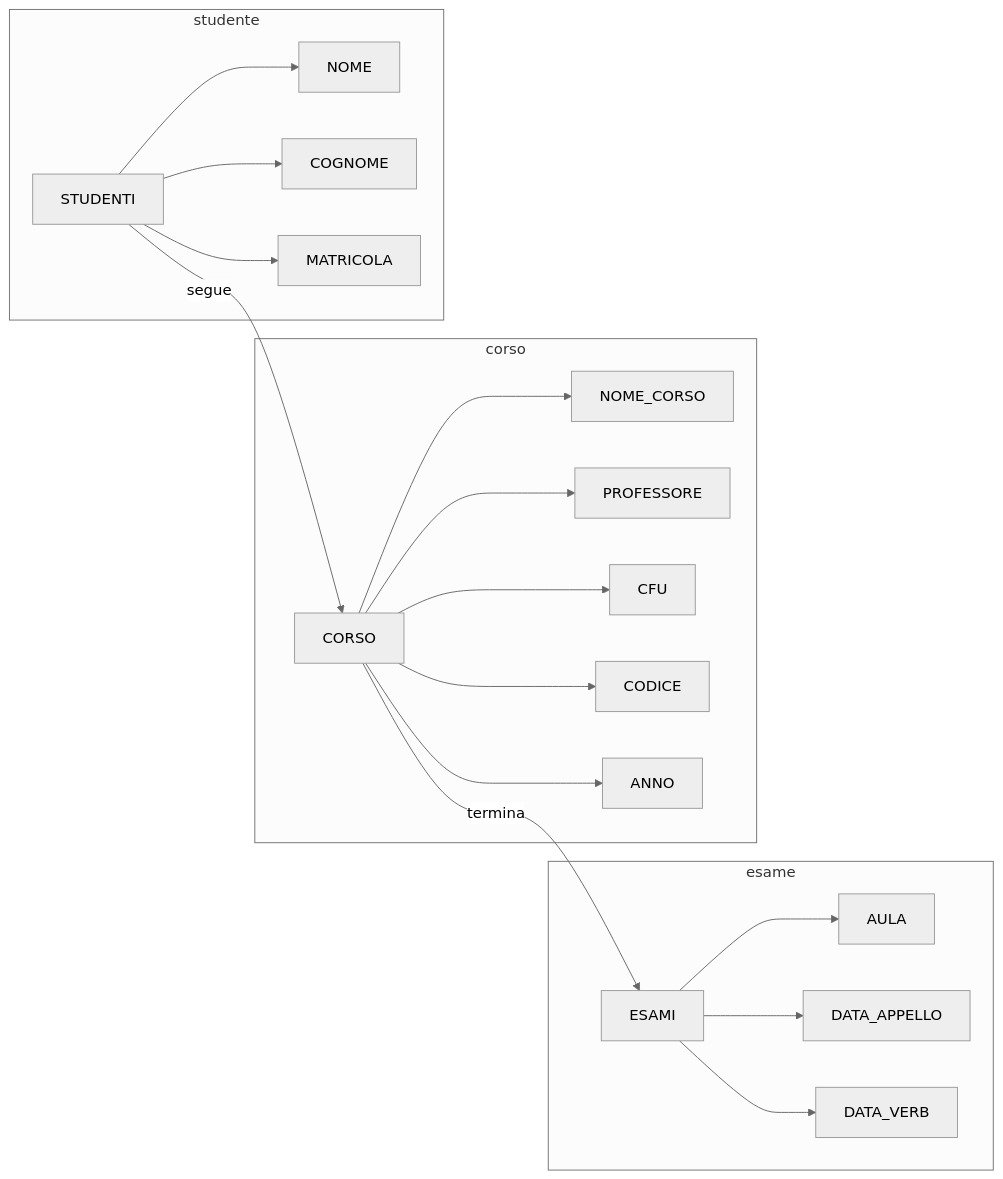
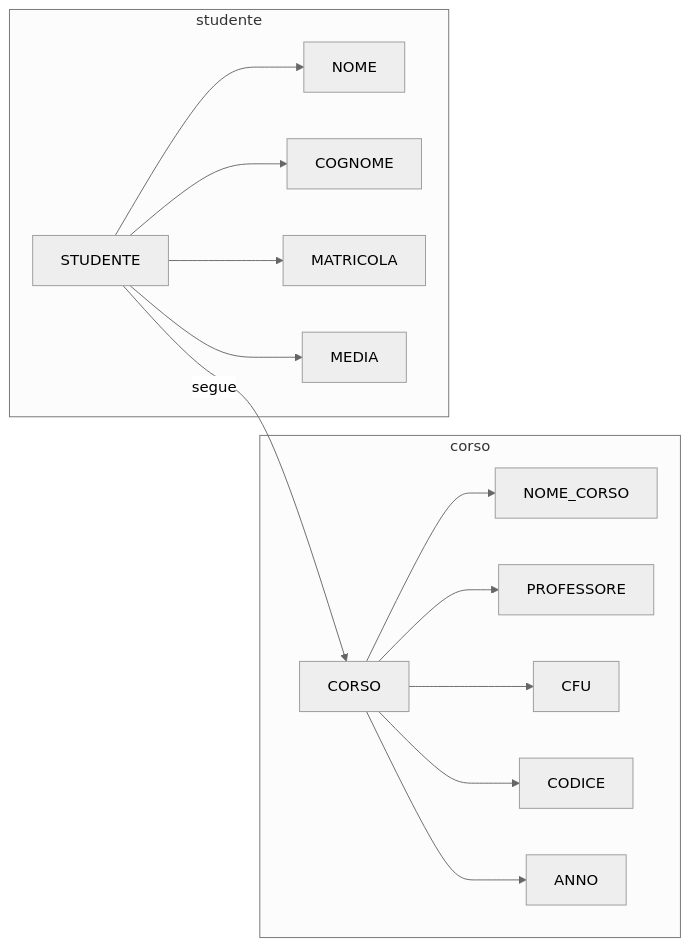
One commit to Zanzibarr/Appunti-3-Anno changed the diagram in Basi di Dati 1/Lezione 2 (DN).md. Above: the diagram before and after it, drawn with Mermaid (neutral theme). The commit also changed other lines of this file and 4 other files, not shown here.

````diff
--- a/Basi di Dati 1/Lezione 2 (DN).md
+++ b/Basi di Dati 1/Lezione 2 (DN).md
@@ -29,23 +29,18 @@
 ```mermaid
 graph LR
-	subgraph esame
-		ESAMI --> AULA
-		ESAMI --> DATA_APPELLO
-		ESAMI --> DATA_VERB
-	end
 	subgraph corso
 		CORSO --> NOME_CORSO
 		CORSO --> PROFESSORE
 		CORSO --> CFU
 		CORSO --> CODICE
 		CORSO --> ANNO
 	end
 	subgraph studente
-		STUDENTI	--> NOME
-		STUDENTI	--> COGNOME
-		STUDENTI	--> MATRICOLA
+		STUDENTE	--> NOME
+		STUDENTE	--> COGNOME
+		STUDENTE	--> MATRICOLA
+		STUDENTE    --> MEDIA
 	end
-	STUDENTI -->|segue| CORSO
-	CORSO -->|termina| ESAMI
+	STUDENTE -->|segue| CORSO
 	
 ```
````
